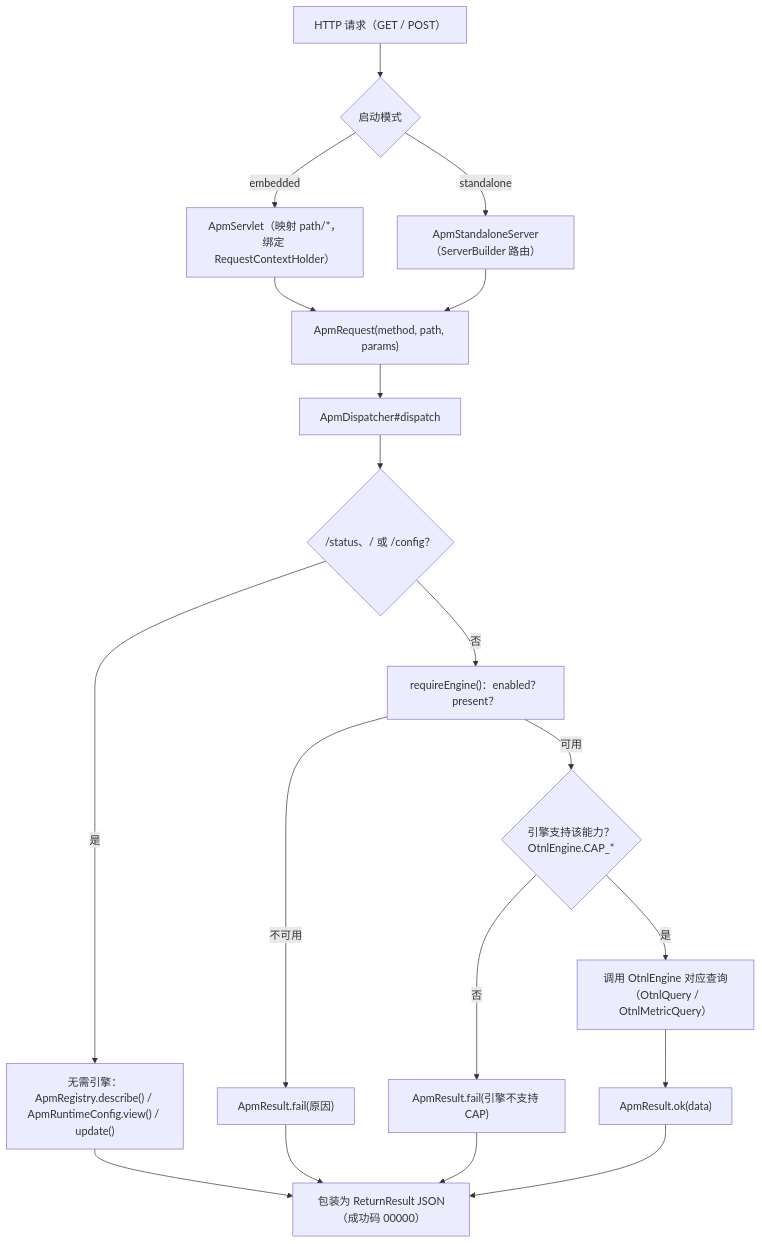
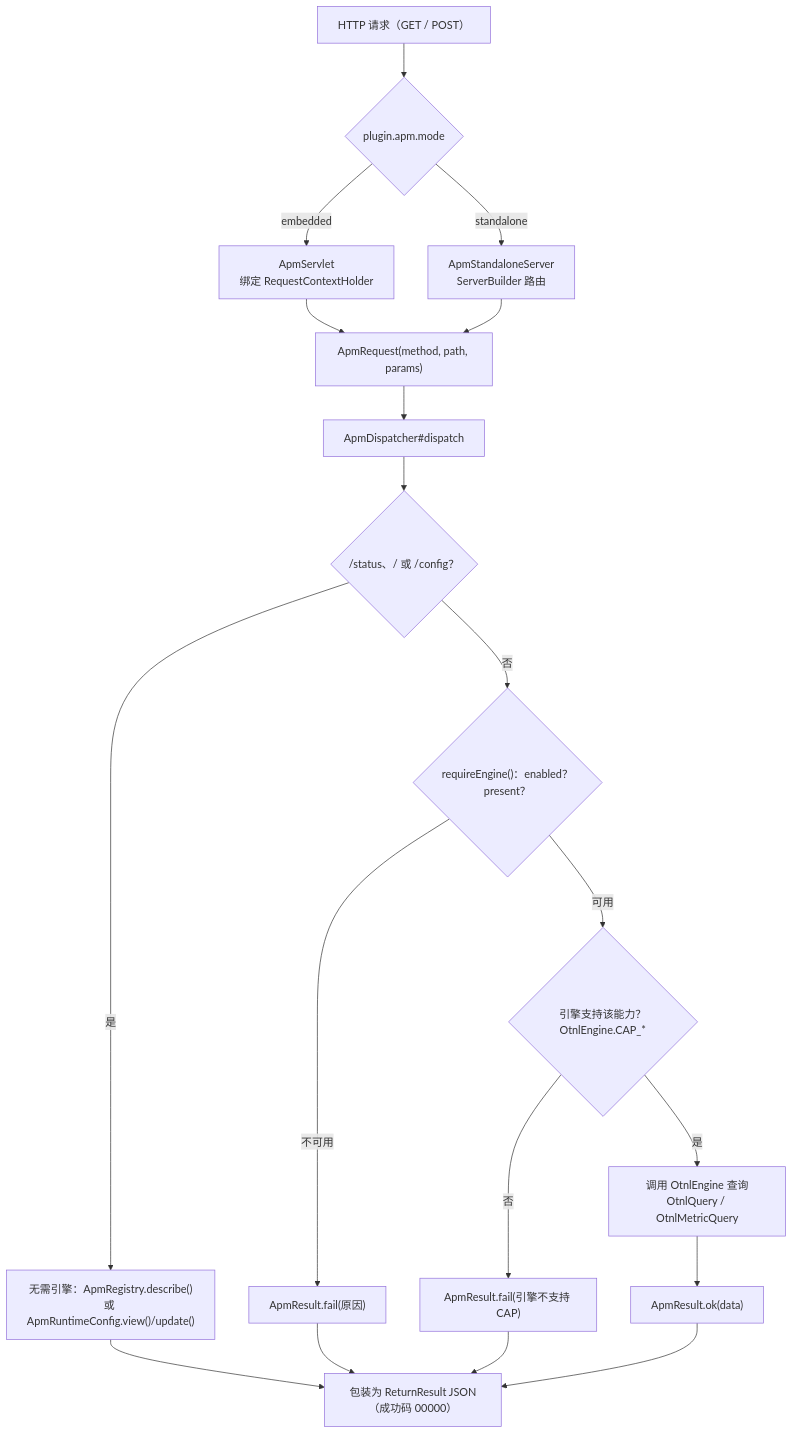
The second of 2 diagrams in spring-support-apm-starter/README.md (CHTK001/spring-support-parent-starter), drawn with Mermaid before and after one commit. The commit also changed other lines of this file and 54 other files, not shown here.

````diff
--- a/spring-support-apm-starter/README.md
+++ b/spring-support-apm-starter/README.md
@@ -129,21 +56,21 @@
 ```mermaid
 flowchart TD
-    A["HTTP 请求（GET / POST）"] --> B{"启动模式"}
-    B -->|"embedded"| C["ApmServlet（映射 path/*，绑定 RequestContextHolder）"]
-    B -->|"standalone"| D["ApmStandaloneServer（ServerBuilder 路由）"]
+    A["HTTP 请求（GET / POST）"] --> B{"plugin.apm.mode"}
+    B -->|"embedded"| C["ApmServlet<br/>绑定 RequestContextHolder"]
+    B -->|"standalone"| D["ApmStandaloneServer<br/>ServerBuilder 路由"]
     C --> E["ApmRequest(method, path, params)"]
     D --> E
     E --> F["ApmDispatcher#dispatch"]
     F --> G{"/status、/ 或 /config？"}
-    G -->|"是"| H["无需引擎：ApmRegistry.describe() / ApmRuntimeConfig.view() / update()"]
-    G -->|"否"| I["requireEngine()：enabled？present？"]
+    G -->|"是"| H["无需引擎：ApmRegistry.describe()<br/>或 ApmRuntimeConfig.view()/update()"]
+    G -->|"否"| I{"requireEngine()：enabled？present？"}
     I -->|"不可用"| J["ApmResult.fail(原因)"]
-    I -->|"可用"| K{"引擎支持该能力？<br/>OtnlEngine.CAP_*"}
+    I -->|"可用"| K{"引擎支持该能力？OtnlEngine.CAP_*"}
     K -->|"否"| L["ApmResult.fail(引擎不支持 CAP)"]
-    K -->|"是"| M["调用 OtnlEngine 对应查询（OtnlQuery / OtnlMetricQuery）"]
+    K -->|"是"| M["调用 OtnlEngine 查询<br/>OtnlQuery / OtnlMetricQuery"]
     M --> N["ApmResult.ok(data)"]
     H --> O["包装为 ReturnResult JSON（成功码 00000）"]
     J --> O
     L --> O
     N --> O
 ```
````
